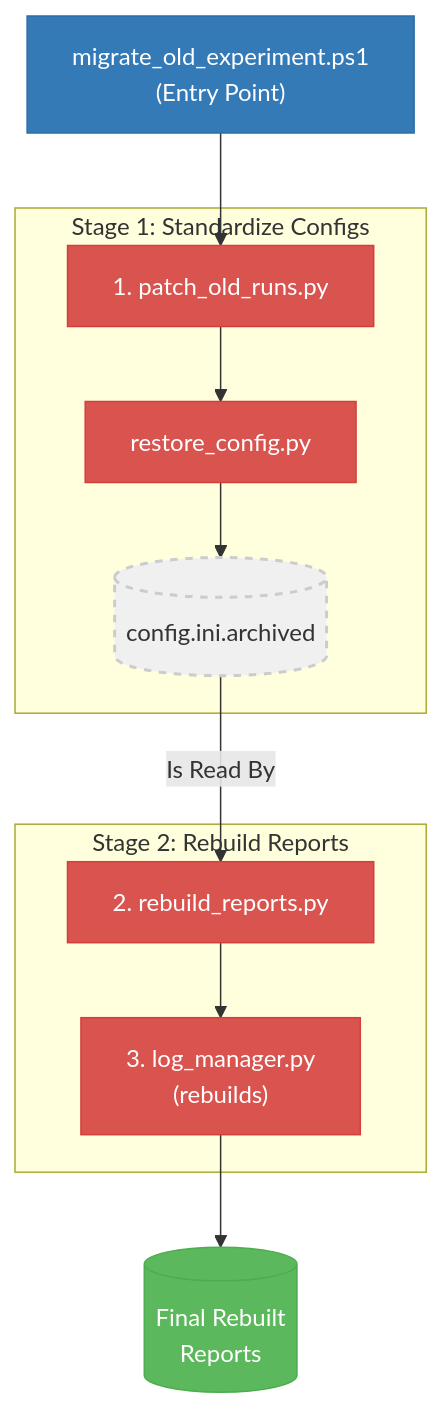
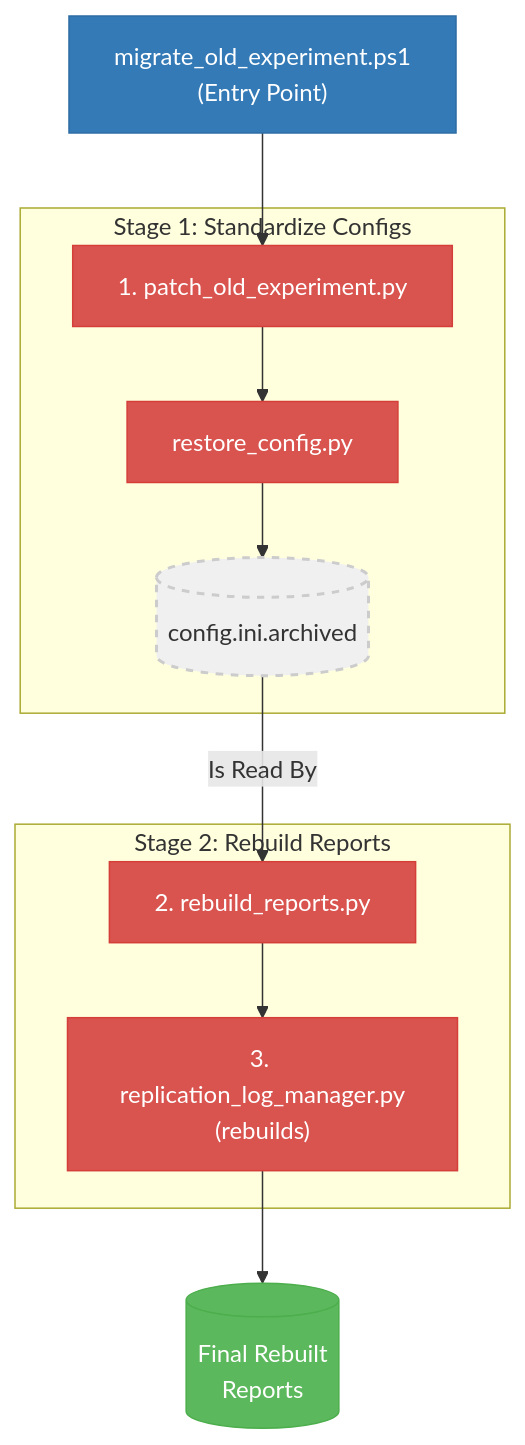
One commit to peterjmarko/llm-narrative-framework changed the diagram in docs/diagrams/architecture_workflow_4_migrate_data.mmd. Above: the diagram before and after it, drawn with Mermaid. The commit also changed other lines of this file and 66 other files, not shown here.

```diff
--- a/docs/diagrams/architecture_workflow_4_migrate_data.mmd
+++ b/docs/diagrams/architecture_workflow_4_migrate_data.mmd
@@ -1,27 +1,27 @@
 graph TD
     %% 1. Define all nodes first
     EntryPoint["migrate_old_experiment.ps1<br/>(Entry Point)"]:::entry
     
     subgraph "Stage 1: Standardize Configs"
-        S1_Patch["1. patch_old_runs.py"]:::danger
+        S1_Patch["1. patch_old_experiment.py"]:::danger
         S1_Restore["restore_config.py"]:::danger
         S1_Art[("config.ini.archived")]:::artifact
     end
 
     subgraph "Stage 2: Rebuild Reports"
         S2_Rebuild["2. rebuild_reports.py"]:::danger
-        S2_Log["3. log_manager.py<br/>(rebuilds)"]:::danger
+        S2_Log["3. replication_log_manager.py<br/>(rebuilds)"]:::danger
     end
 
     Final[("Final Rebuilt<br/>Reports")]:::final
 
     %% 2. Define connections
     EntryPoint --> S1_Patch --> S1_Restore --> S1_Art
     S1_Art -- "Is Read By" --> S2_Rebuild
     S2_Rebuild --> S2_Log --> Final
 
     %% 3. Styling
     classDef entry fill:#337ab7,stroke:#2e6da4,color:#fff;
     classDef artifact fill:#f0f0f0,stroke:#ccc,stroke-width:2px,stroke-dasharray: 5 5;
     classDef danger fill:#d9534f,stroke:#d43f3a,color:#fff;
     classDef final fill:#5cb85c,stroke:#4cae4c,color:#fff;
```
